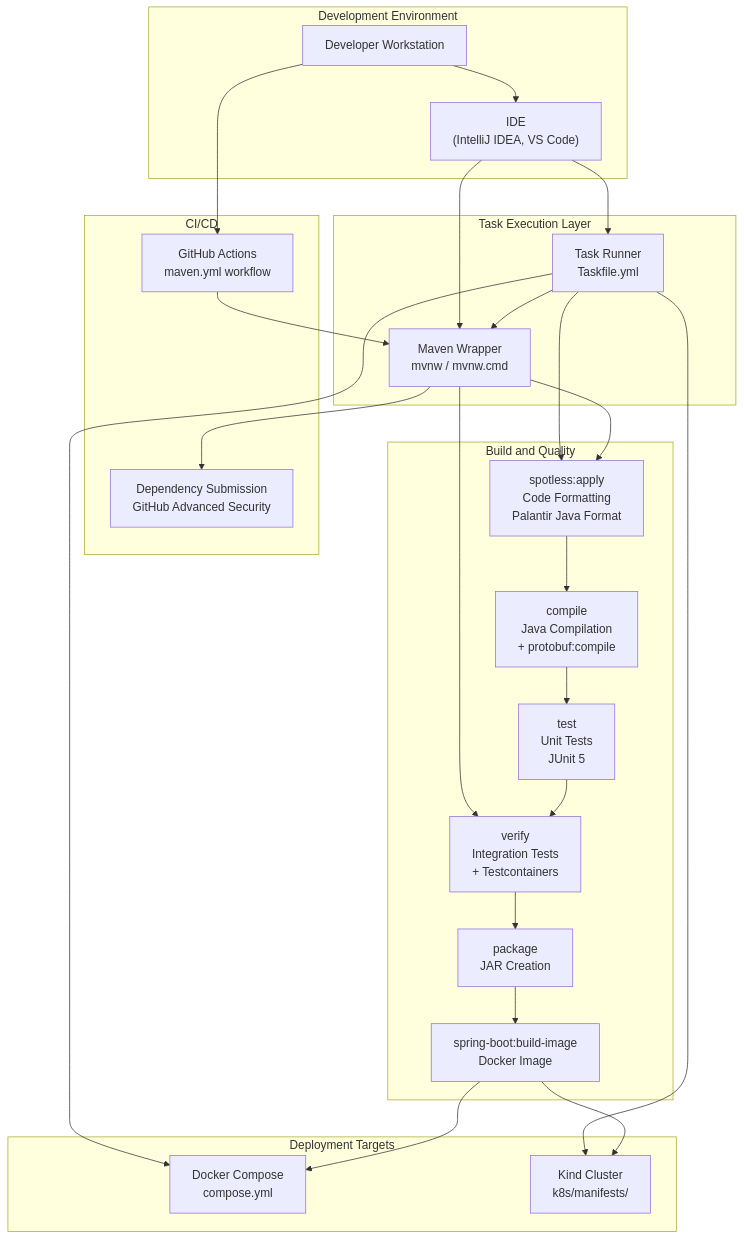
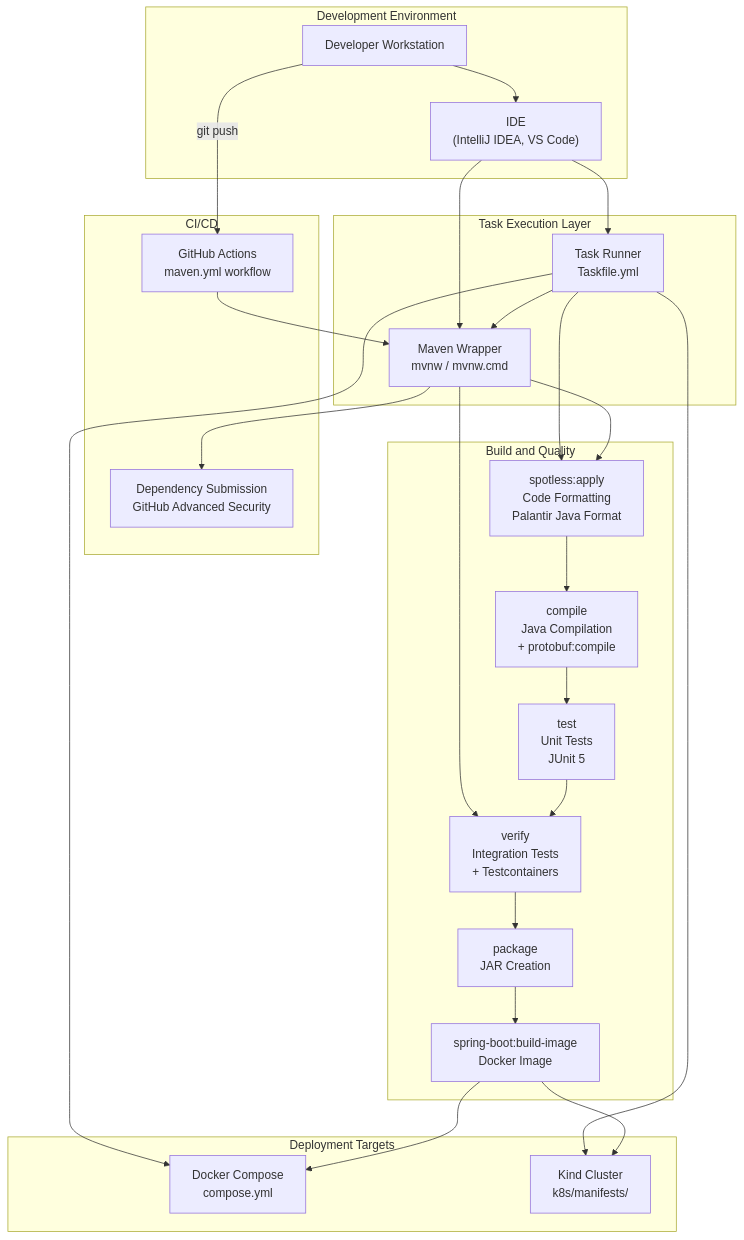
Before and after one commit to philipz/spring-modular-monolith: the first of 4 diagrams in docs/deepwiki/Development-Guide.md, drawn with Mermaid. The commit also changed other lines of this file and 55 other files, not shown here.

````diff
--- a/docs/deepwiki/Development-Guide.md
+++ b/docs/deepwiki/Development-Guide.md
@@ -53,67 +53,67 @@
 ```mermaid
 flowchart TD
 
 LocalDev["Developer Workstation"]
 IDE["IDE<br>(IntelliJ IDEA, VS Code)"]
 Task["Task Runner<br>Taskfile.yml"]
 MvnWrapper["Maven Wrapper<br>mvnw / mvnw.cmd"]
 Format["spotless:apply<br>Code Formatting<br>Palantir Java Format"]
 Compile["compile<br>Java Compilation<br>+ protobuf:compile"]
 Test["test<br>Unit Tests<br>JUnit 5"]
 Verify["verify<br>Integration Tests<br>+ Testcontainers"]
 Package["package<br>JAR Creation"]
 BuildImage["spring-boot:build-image<br>Docker Image"]
 DockerCompose["Docker Compose<br>compose.yml"]
 Kind["Kind Cluster<br>k8s/manifests/"]
 GHA["GitHub Actions<br>maven.yml workflow"]
 DependencySnap["Dependency Submission<br>GitHub Advanced Security"]
 
 IDE --> Task
 IDE --> MvnWrapper
 Task --> Format
 Task --> DockerCompose
 Task --> Kind
 BuildImage --> DockerCompose
 BuildImage --> Kind
 MvnWrapper --> Format
 MvnWrapper --> Verify
-LocalDev --> GHA
+LocalDev -->|"git push"| GHA
 GHA --> MvnWrapper
 MvnWrapper --> DependencySnap
 
 subgraph CI/CD ["CI/CD"]
     GHA
     DependencySnap
 end
 
 subgraph subGraph3 ["Deployment Targets"]
     DockerCompose
     Kind
 end
 
 subgraph subGraph2 ["Build and Quality"]
     Format
     Compile
     Test
     Verify
     Package
     BuildImage
     Format --> Compile
     Compile --> Test
     Test --> Verify
     Verify --> Package
     Package --> BuildImage
 end
 
 subgraph subGraph1 ["Task Execution Layer"]
     Task
     MvnWrapper
     Task --> MvnWrapper
 end
 
 subgraph subGraph0 ["Development Environment"]
     LocalDev
     IDE
     LocalDev --> IDE
 end
 ```
````
